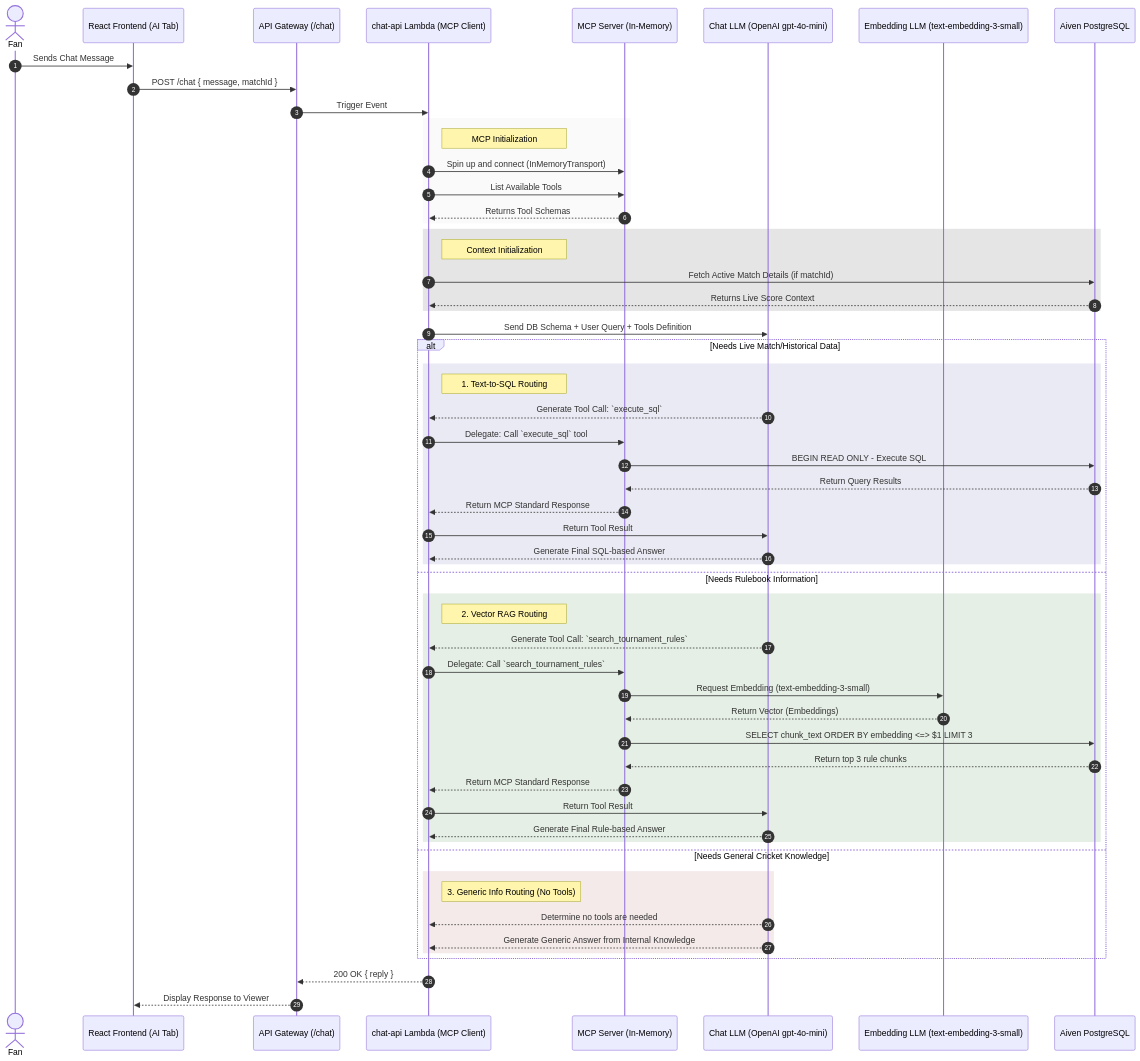
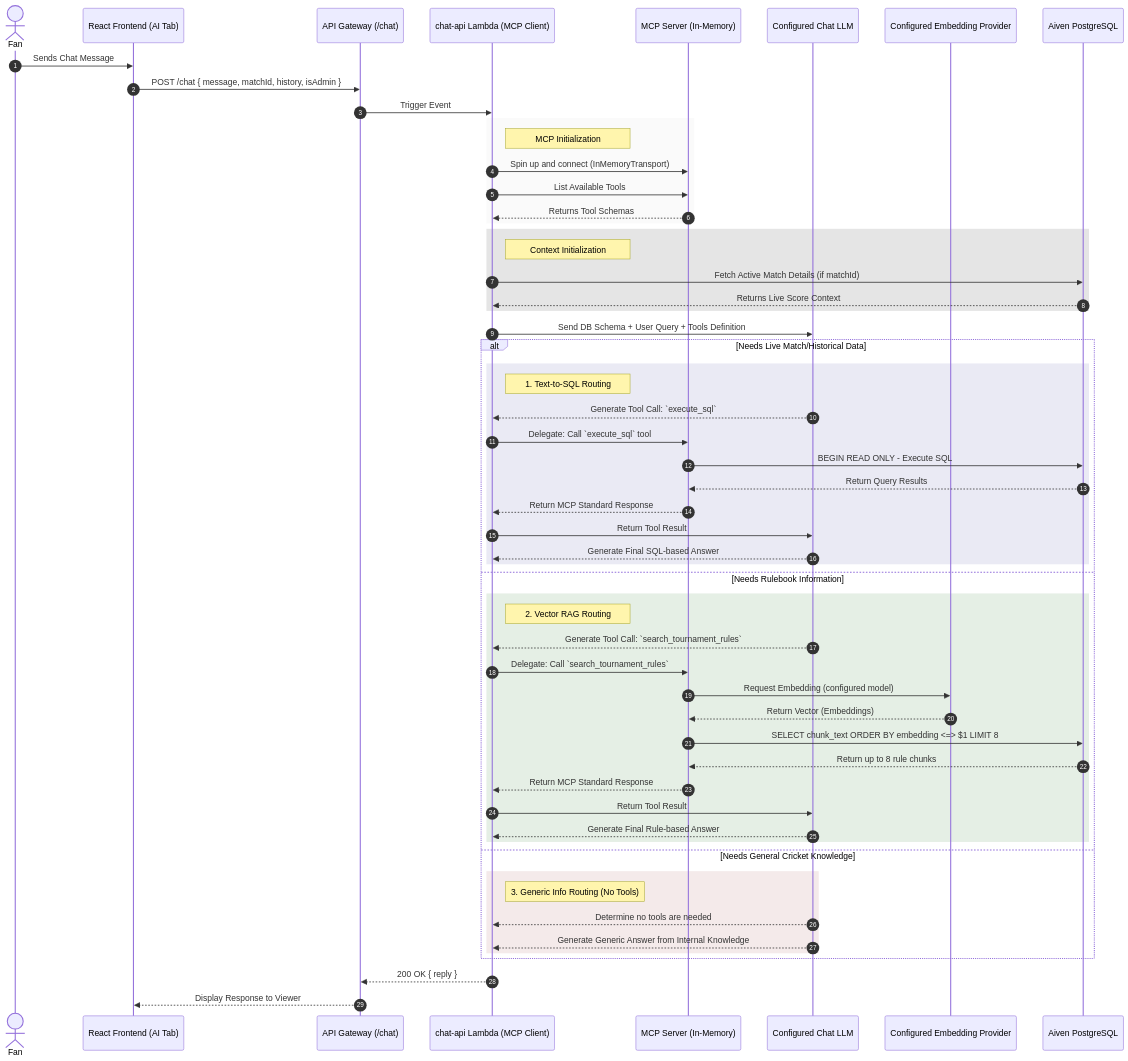
One commit to venkatesh-singamsetty/cricscore changed the first of 2 diagrams in docs/ai_architecture.md. Above: the diagram before and after it, drawn with Mermaid. The commit also changed other lines of this file and 114 other files, not shown here.

````diff
--- a/docs/ai_architecture.md
+++ b/docs/ai_architecture.md
@@ -14,66 +14,66 @@
 ```mermaid
 sequenceDiagram
     autonumber
     actor Viewer as Fan
     participant App as React Frontend (AI Tab)
     participant APIGW as API Gateway (/chat)
     participant ChatAPI as chat-api Lambda (MCP Client)
     participant MCPServer as MCP Server (In-Memory)
-    participant LLM as Chat LLM (OpenAI gpt-4o-mini)
-    participant EmbedLLM as Embedding LLM (text-embedding-3-small)
+    participant LLM as Configured Chat LLM
+    participant EmbedLLM as Configured Embedding Provider
     participant Aiven_PG as Aiven PostgreSQL
 
     Viewer->>App: Sends Chat Message
-    App->>APIGW: POST /chat { message, matchId }
+    App->>APIGW: POST /chat { message, matchId, history, isAdmin }
     APIGW->>ChatAPI: Trigger Event
 
     rect rgb(200, 200, 200, 0.1)
         Note right of ChatAPI: MCP Initialization
         ChatAPI->>MCPServer: Spin up and connect (InMemoryTransport)
         ChatAPI->>MCPServer: List Available Tools
         MCPServer-->>ChatAPI: Returns Tool Schemas
     end
 
     rect rgb(0, 0, 0, 0.1)
         Note right of ChatAPI: Context Initialization
         ChatAPI->>Aiven_PG: Fetch Active Match Details (if matchId)
         Aiven_PG-->>ChatAPI: Returns Live Score Context
     end
 
     ChatAPI->>LLM: Send DB Schema + User Query + Tools Definition
 
     alt Needs Live Match/Historical Data
         rect rgb(50, 50, 150, 0.1)
             Note right of ChatAPI: 1. Text-to-SQL Routing
             LLM-->>ChatAPI: Generate Tool Call: `execute_sql`
             ChatAPI->>MCPServer: Delegate: Call `execute_sql` tool
             MCPServer->>Aiven_PG: BEGIN READ ONLY - Execute SQL
             Aiven_PG-->>MCPServer: Return Query Results
             MCPServer-->>ChatAPI: Return MCP Standard Response
             ChatAPI->>LLM: Return Tool Result
             LLM-->>ChatAPI: Generate Final SQL-based Answer
         end
     else Needs Rulebook Information
         rect rgb(0, 100, 0, 0.1)
             Note right of ChatAPI: 2. Vector RAG Routing
             LLM-->>ChatAPI: Generate Tool Call: `search_tournament_rules`
             ChatAPI->>MCPServer: Delegate: Call `search_tournament_rules`
-            MCPServer->>EmbedLLM: Request Embedding (text-embedding-3-small)
+            MCPServer->>EmbedLLM: Request Embedding (configured model)
             EmbedLLM-->>MCPServer: Return Vector (Embeddings)
-            MCPServer->>Aiven_PG: SELECT chunk_text ORDER BY embedding <=> $1 LIMIT 3
-            Aiven_PG-->>MCPServer: Return top 3 rule chunks
+            MCPServer->>Aiven_PG: SELECT chunk_text ORDER BY embedding <=> $1 LIMIT 8
+            Aiven_PG-->>MCPServer: Return up to 8 rule chunks
             MCPServer-->>ChatAPI: Return MCP Standard Response
             ChatAPI->>LLM: Return Tool Result
             LLM-->>ChatAPI: Generate Final Rule-based Answer
         end
     else Needs General Cricket Knowledge
         rect rgb(150, 50, 50, 0.1)
             Note right of ChatAPI: 3. Generic Info Routing (No Tools)
             LLM-->>ChatAPI: Determine no tools are needed
             LLM-->>ChatAPI: Generate Generic Answer from Internal Knowledge
         end
     end
 
     ChatAPI-->>APIGW: 200 OK { reply }
     APIGW-->>App: Display Response to Viewer
 ```
````
